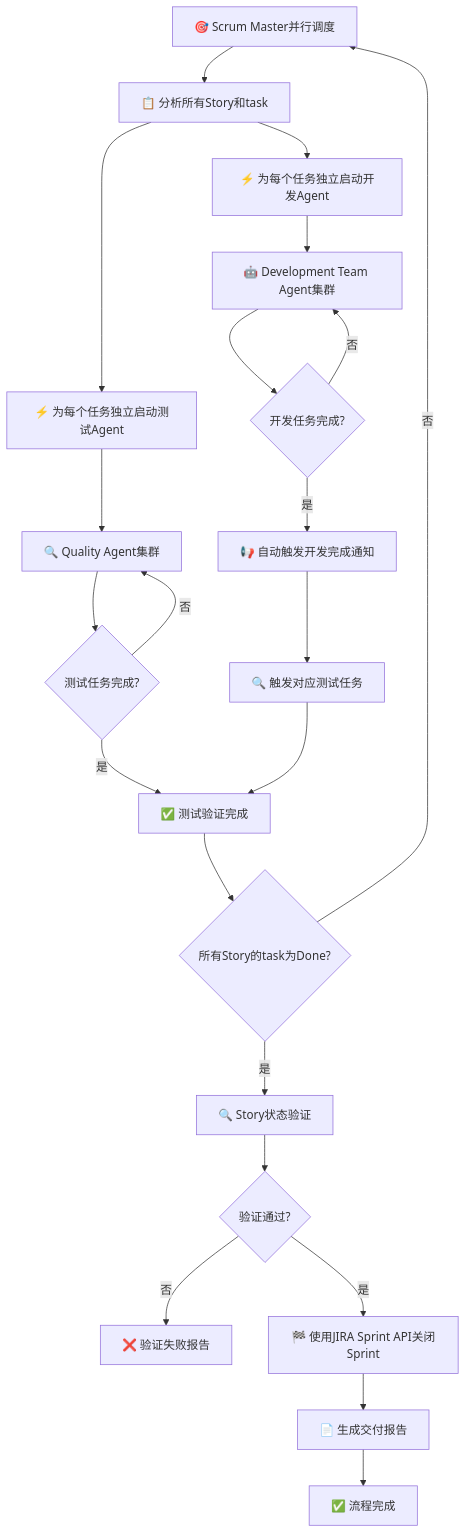
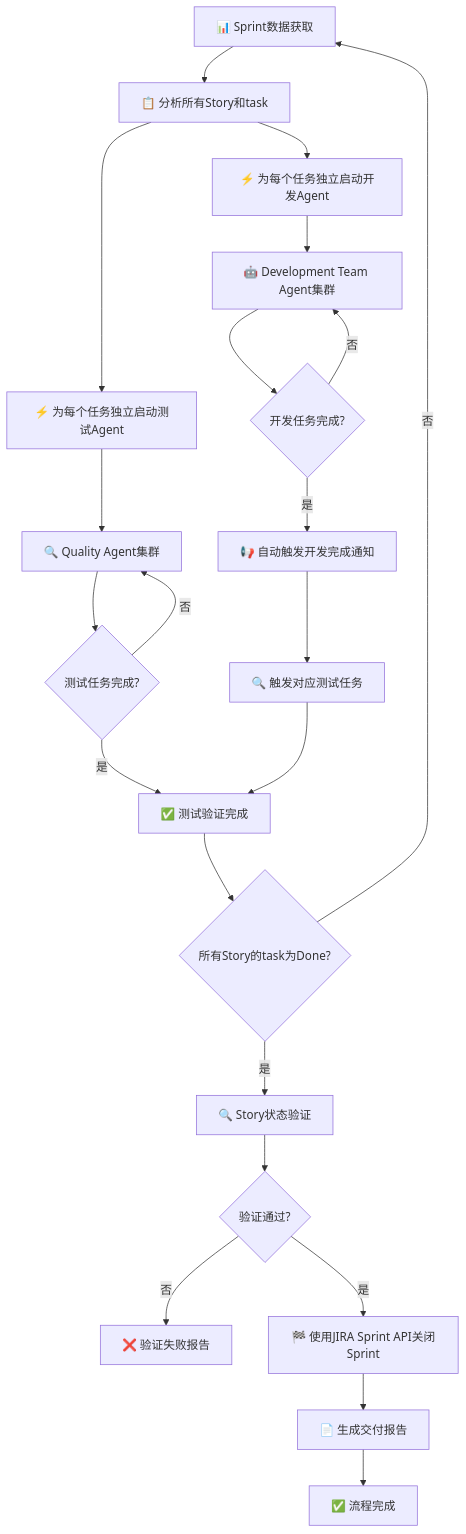
Before and after one commit to ouyangshixiong/context-engineering-zh: the seventh of 12 diagrams in plugins/agile-marketplace/sprint-plugin/commands/快速sprint.md, drawn with Mermaid. The commit also changed other lines of this file and 2 other files, not shown here.

````diff
--- a/plugins/agile-marketplace/sprint-plugin/commands/快速sprint.md
+++ b/plugins/agile-marketplace/sprint-plugin/commands/快速sprint.md
@@ -323,29 +328,29 @@
 ```mermaid
 flowchart TD
-    A[🎯 Scrum Master并行调度] --> B[📋 分析所有Story和task]
+    A[📊 Sprint数据获取] --> B[📋 分析所有Story和task]
     B --> C[⚡ 为每个任务独立启动开发Agent]
     B --> D[⚡ 为每个任务独立启动测试Agent]
 
     C --> E[🤖 Development Team Agent集群]
     D --> F[🔍 Quality Agent集群]
 
     E --> G{开发任务完成?}
     G -->|否| E
     G -->|是| H[📢 自动触发开发完成通知]
     H --> I[🔍 触发对应测试任务]
 
     F --> J{测试任务完成?}
     J -->|否| F
     J -->|是| K[✅ 测试验证完成]
 
     I --> K
 
     K --> L{所有Story的task为Done?}
     L -->|否| A
     L -->|是| M[🔍 Story状态验证]
     M --> N{验证通过?}
     N -->|否| O[❌ 验证失败报告]
     N -->|是| P[🏁 使用JIRA Sprint API关闭Sprint]
     P --> Q[📄 生成交付报告]
     Q --> R[✅ 流程完成]
 ```
````
